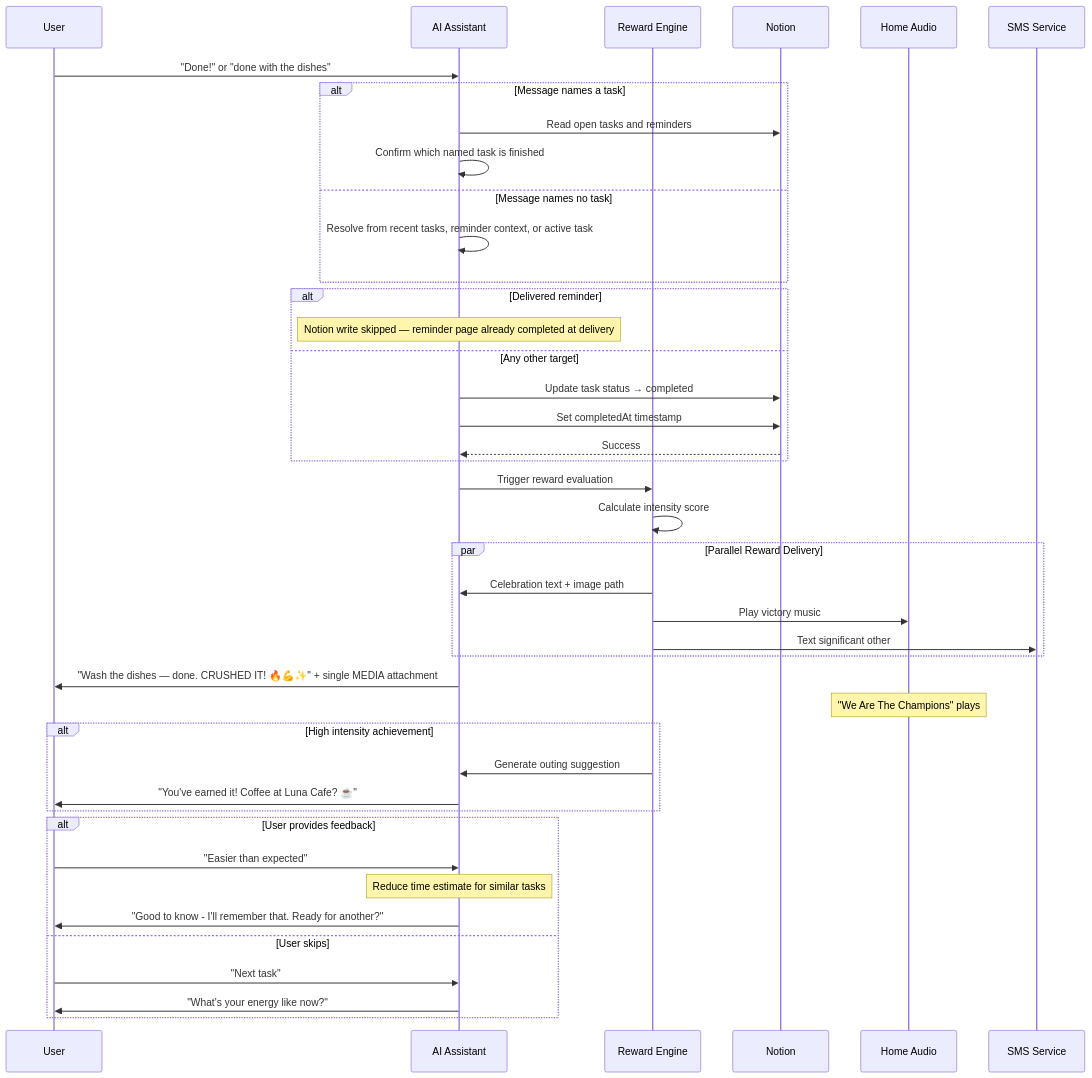
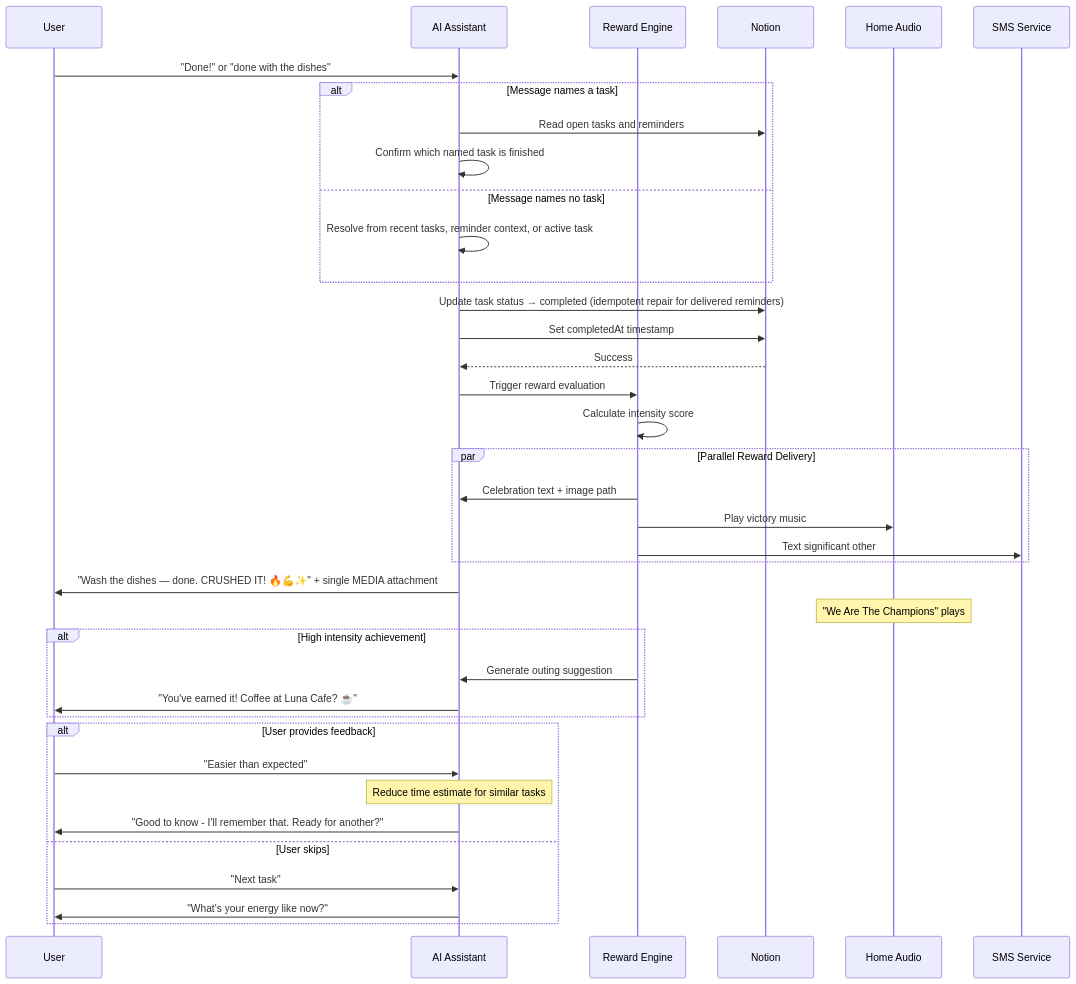
Before and after one commit to NickBorgersProbably/hide-my-list: the eighth of 28 diagrams in docs/user-interactions.md, drawn with Mermaid. The commit also changed 4 other files, not shown here.

````diff
--- a/docs/user-interactions.md
+++ b/docs/user-interactions.md
@@ -308,53 +308,49 @@
 ```mermaid
 sequenceDiagram
     participant U as User
     participant AI as AI Assistant
     participant R as Reward Engine
     participant N as Notion
     participant HA as Home Audio
     participant SMS as SMS Service
 
     U->>AI: "Done!" or "done with the dishes"
 
     alt Message names a task
         AI->>N: Read open tasks and reminders
         AI->>AI: Confirm which named task is finished
     else Message names no task
         AI->>AI: Resolve from recent tasks, reminder context, or active task
     end
 
-    alt Delivered reminder
-        Note over AI: Notion write skipped — reminder page already completed at delivery
-    else Any other target
-        AI->>N: Update task status → completed
-        AI->>N: Set completedAt timestamp
-        N-->>AI: Success
-    end
+    AI->>N: Update task status → completed (idempotent repair for delivered reminders)
+    AI->>N: Set completedAt timestamp
+    N-->>AI: Success
 
     AI->>R: Trigger reward evaluation
     R->>R: Calculate intensity score
 
     par Parallel Reward Delivery
         R->>AI: Celebration text + image path
         R->>HA: Play victory music
         R->>SMS: Text significant other
     end
 
     AI->>U: "Wash the dishes — done. CRUSHED IT! 🔥💪✨" + single MEDIA attachment
 
     Note over HA: "We Are The Champions" plays
 
     alt High intensity achievement
         R->>AI: Generate outing suggestion
         AI->>U: "You've earned it! Coffee at Luna Cafe? ☕"
     end
 
     alt User provides feedback
         U->>AI: "Easier than expected"
         Note over AI: Reduce time estimate for similar tasks
         AI->>U: "Good to know - I'll remember that. Ready for another?"
     else User skips
         U->>AI: "Next task"
         AI->>U: "What's your energy like now?"
     end
 ```
````
